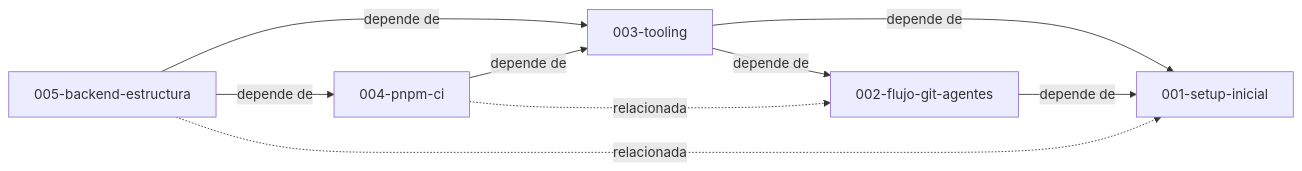
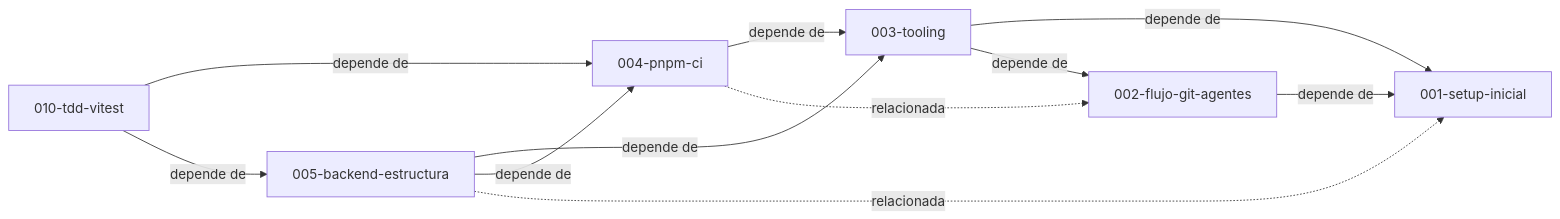
The diagram in docs/specs/README.md (DavidSlva/financial-risk-manager), drawn with Mermaid before and after one commit. The commit also changed other lines of this file and 22 other files, not shown here.

Commit message:
feat(010): TDD con Vitest, test/ espejo de src/ y paso en el CI

````diff
--- a/docs/specs/README.md
+++ b/docs/specs/README.md
@@ -17,16 +18,19 @@
 ```mermaid
 graph LR
   S001[001-setup-inicial]
   S002[002-flujo-git-agentes]
   S003[003-tooling]
   S004[004-pnpm-ci]
   S005[005-backend-estructura]
+  S010[010-tdd-vitest]
   S002 -->|depende de| S001
   S003 -->|depende de| S001
   S003 -->|depende de| S002
   S004 -->|depende de| S003
   S004 -.->|relacionada| S002
   S005 -->|depende de| S003
   S005 -->|depende de| S004
   S005 -.->|relacionada| S001
+  S010 -->|depende de| S004
+  S010 -->|depende de| S005
 ```
````
